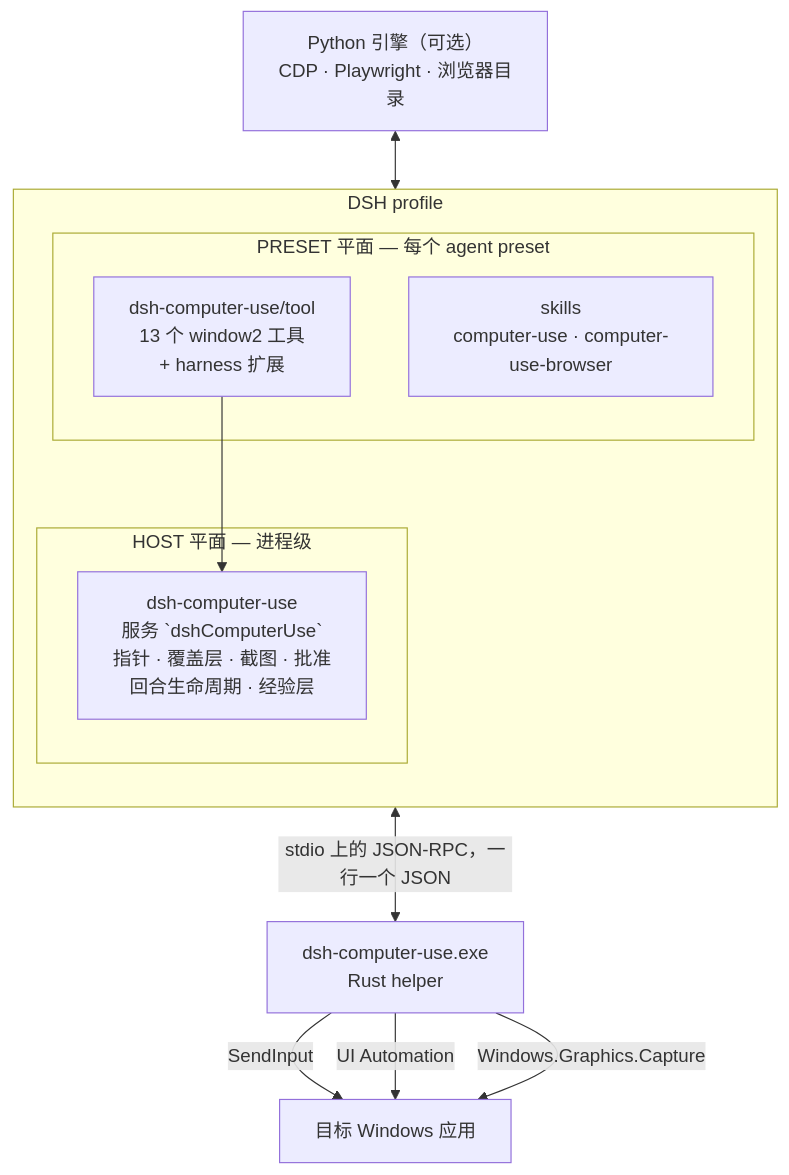
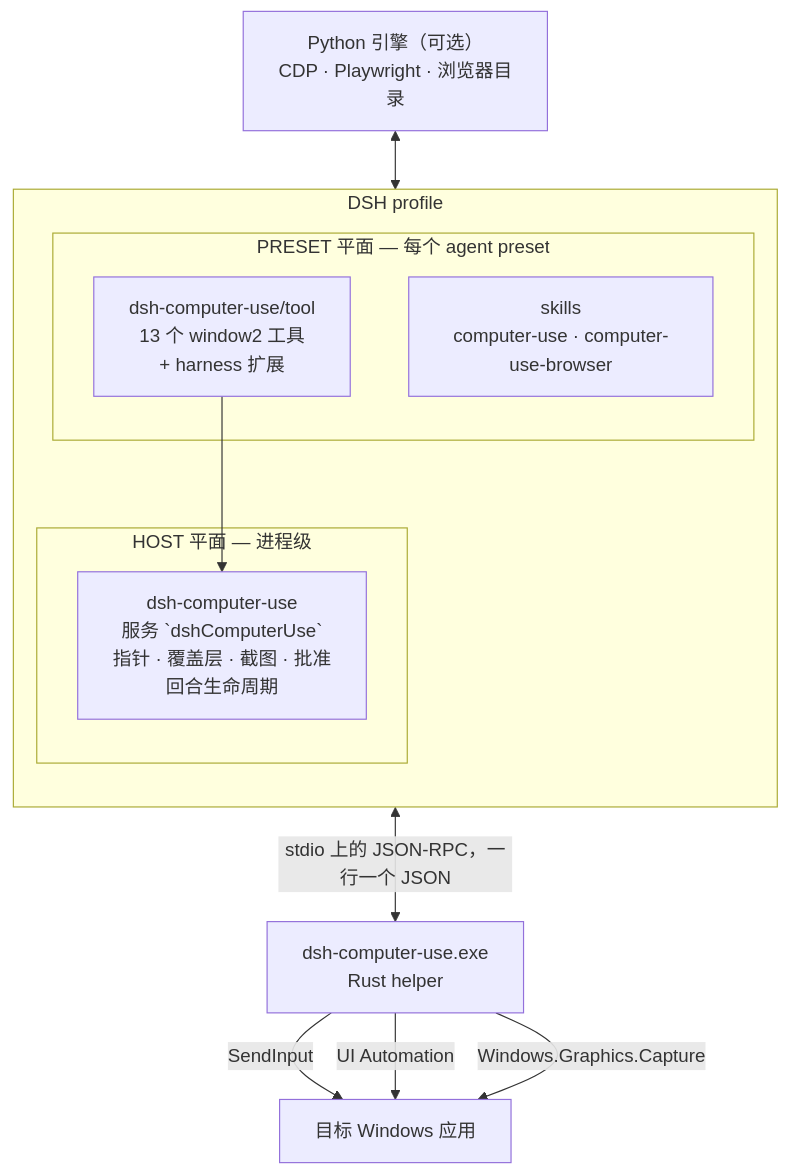
One commit to banyeshuiwujiao/dsh-computer-use changed the first of 2 diagrams in README.zh-CN.md. Above: the diagram before and after it, drawn with Mermaid. The commit also changed other lines of this file and 16 other files, not shown here.

First line of the commit message:
fix(audit): 第1+2批修复 P1-1..5 + P2-2..11（详见 docs/audit-fix-roadmap-2026-10-25.md）

````diff
--- a/README.zh-CN.md
+++ b/README.zh-CN.md
@@ -137,19 +135,19 @@
 ```mermaid
 flowchart TB
   subgraph DSH["DSH profile"]
     direction TB
     subgraph HOST["HOST 平面 — 进程级"]
-      S["dsh-computer-use<br/>服务 `dshComputerUse`<br/>指针 · 覆盖层 · 截图 · 批准<br/>回合生命周期 · 经验层"]
+      S["dsh-computer-use<br/>服务 `dshComputerUse`<br/>指针 · 覆盖层 · 截图 · 批准<br/>回合生命周期"]
     end
     subgraph PRESET["PRESET 平面 — 每个 agent preset"]
       T["dsh-computer-use/tool<br/>13 个 window2 工具<br/>+ harness 扩展"]
       K["skills<br/>computer-use · computer-use-browser"]
     end
   end
   S <-->|"stdio 上的 JSON-RPC，一行一个 JSON"| H["dsh-computer-use.exe<br/>Rust helper"]
   H -->|SendInput| APP["目标 Windows 应用"]
   H -->|UI Automation| APP
   H -->|Windows.Graphics.Capture| APP
   T --> S
   P["Python 引擎（可选）<br/>CDP · Playwright · 浏览器目录"] <--> S
 ```
````
